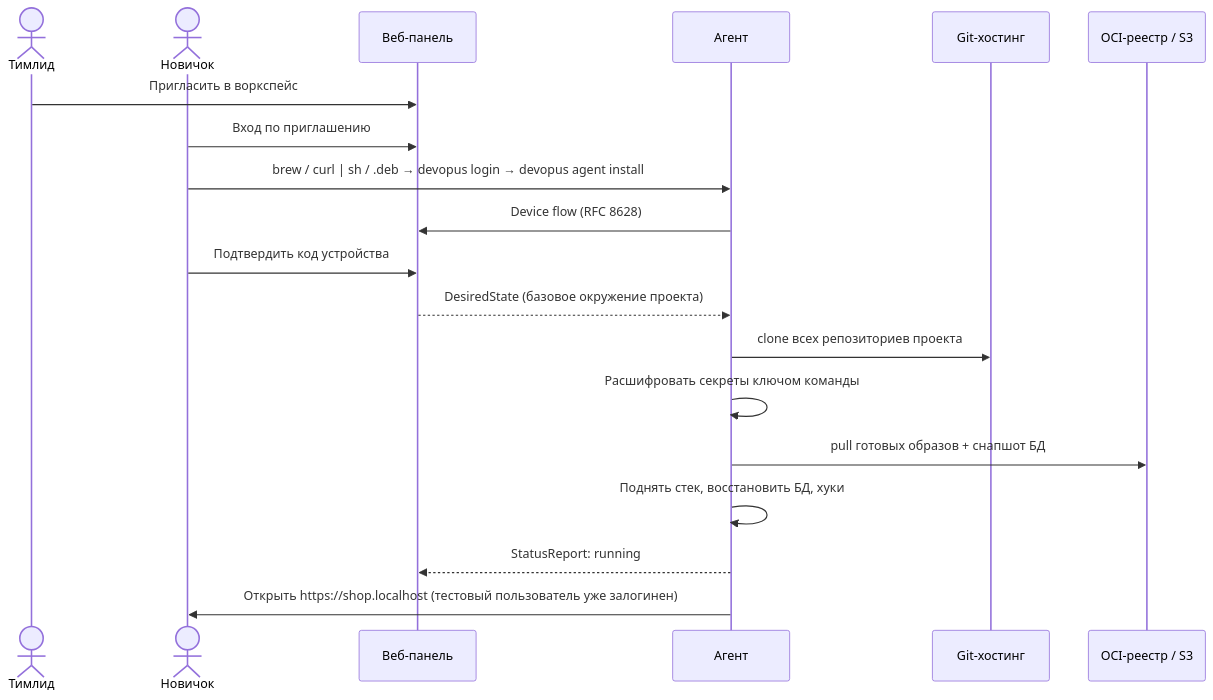
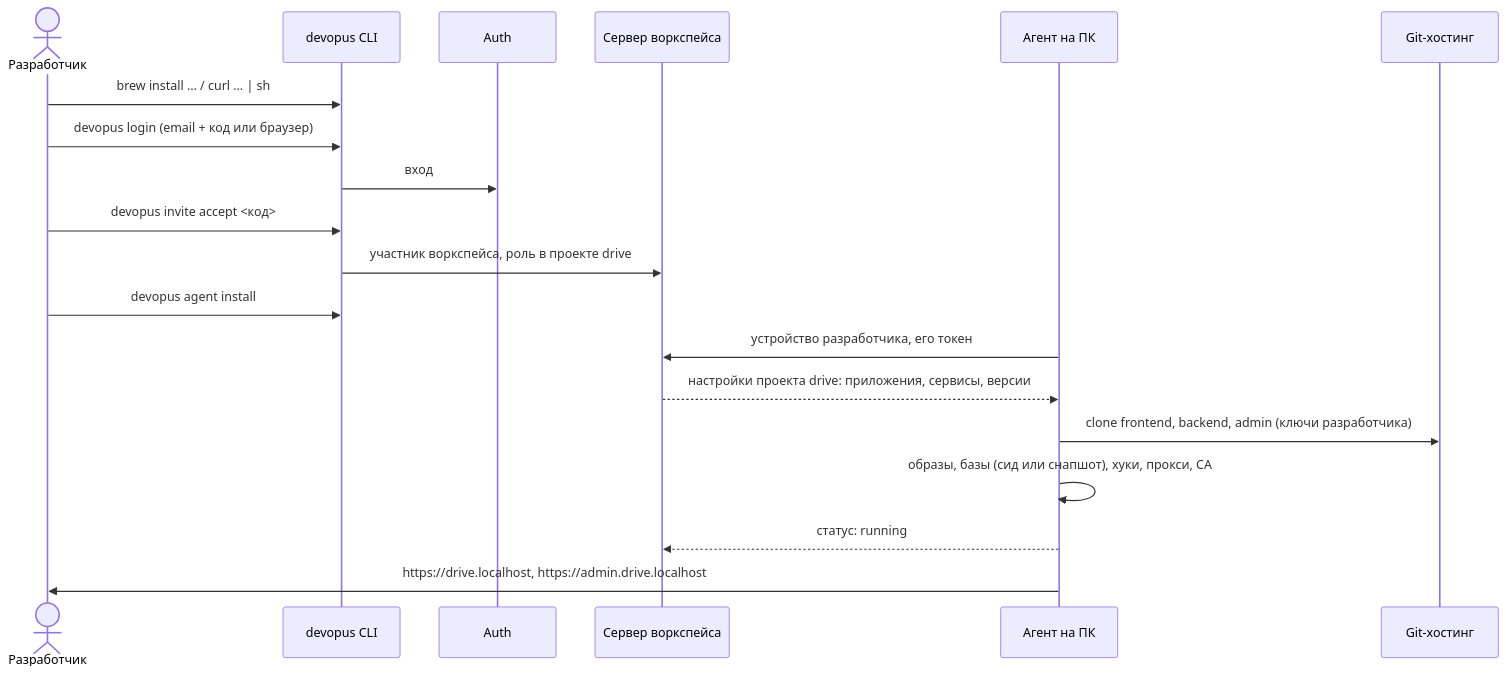
The second of 2 diagrams in docs/product/user-flows.md (amalychev/devopus), drawn with Mermaid before and after one commit. The commit also changed other lines of this file and 22 other files, not shown here.

````diff
--- a/docs/product/user-flows.md
+++ b/docs/product/user-flows.md
@@ -7,22 +63,22 @@
 ```mermaid
 sequenceDiagram
-    actor Lead as Тимлид
-    actor Dev as Новичок
-    participant Panel as Веб-панель
-    participant Agent as Агент
+    actor Dev as Разработчик
+    participant CLI as devopus CLI
+    participant Auth
+    participant WS as Сервер воркспейса
+    participant Agent as Агент на ПК
     participant Git as Git-хостинг
-    participant Reg as OCI-реестр / S3
 
-    Lead->>Panel: Пригласить в воркспейс
-    Dev->>Panel: Вход по приглашению
-    Dev->>Agent: brew / curl | sh / .deb → devopus login → devopus agent install
-    Agent->>Panel: Device flow (RFC 8628)
-    Dev->>Panel: Подтвердить код устройства
-    Panel-->>Agent: DesiredState (базовое окружение проекта)
-    Agent->>Git: clone всех репозиториев проекта
-    Agent->>Agent: Расшифровать секреты ключом команды
-    Agent->>Reg: pull готовых образов + снапшот БД
-    Agent->>Agent: Поднять стек, восстановить БД, хуки
-    Agent-->>Panel: StatusReport: running
-    Agent->>Dev: Открыть https://shop.localhost (тестовый пользователь уже залогинен)
+    Dev->>CLI: brew install … / curl … | sh
+    Dev->>CLI: devopus login (email + код или браузер)
+    CLI->>Auth: вход
+    Dev->>CLI: devopus invite accept <код>
+    CLI->>WS: участник воркспейса, роль в проекте drive
+    Dev->>CLI: devopus agent install
+    Agent->>WS: устройство разработчика, его токен
+    WS-->>Agent: настройки проекта drive: приложения, сервисы, версии
+    Agent->>Git: clone frontend, backend, admin (ключи разработчика)
+    Agent->>Agent: образы, базы (сид или снапшот), хуки, прокси, CA
+    Agent-->>WS: статус: running
+    Agent->>Dev: https://drive.localhost, https://admin.drive.localhost
 ```
````
